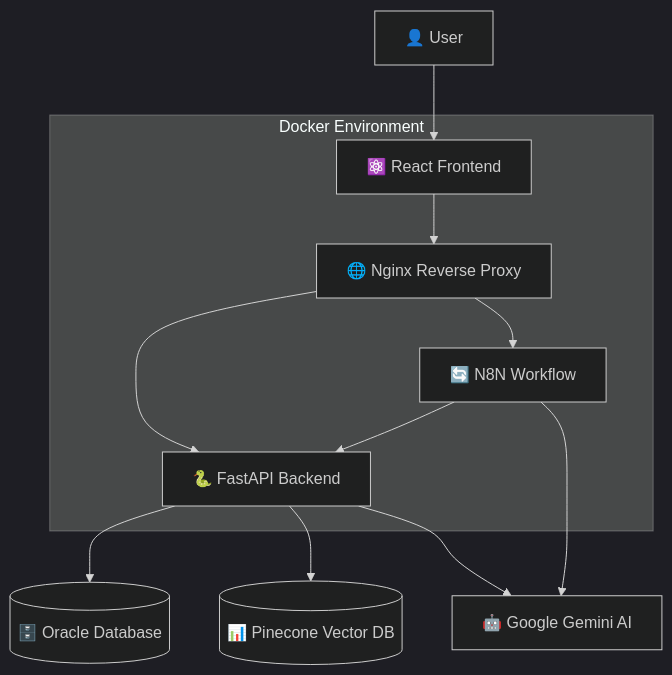
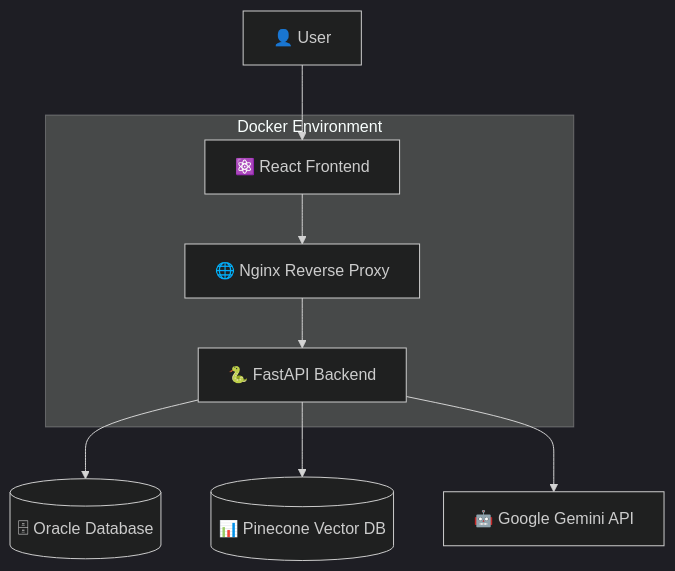
One commit to RafayRandhawa/AI-Oracle-Chatbot changed the diagram in README.md. Above: the diagram before and after it, drawn with Mermaid (dark theme). The commit also changed other lines of this file and 7 other files, not shown here.

````diff
--- a/README.md
+++ b/README.md
@@ -27,21 +27,16 @@
 ```mermaid
 graph TB
     User[👤 User] --> Frontend[⚛️ React Frontend]
     Frontend --> Nginx[🌐 Nginx Reverse Proxy]
     Nginx --> Backend[🐍 FastAPI Backend]
-    Nginx --> N8N[🔄 N8N Workflow]
     
-    Backend --> Oracle[(🗄️ Oracle Database)]
+    Backend --> Oracle[(🗄 Oracle Database)]
     Backend --> Pinecone[(📊 Pinecone Vector DB)]
-    Backend --> Gemini[🤖 Google Gemini AI]
-    
-    N8N --> Backend
-    N8N --> Gemini
+    Backend --> Gemini[🤖 Google Gemini API]
     
     subgraph "Docker Environment"
         Frontend
         Backend
         Nginx
-        N8N
     end
 ```
````
